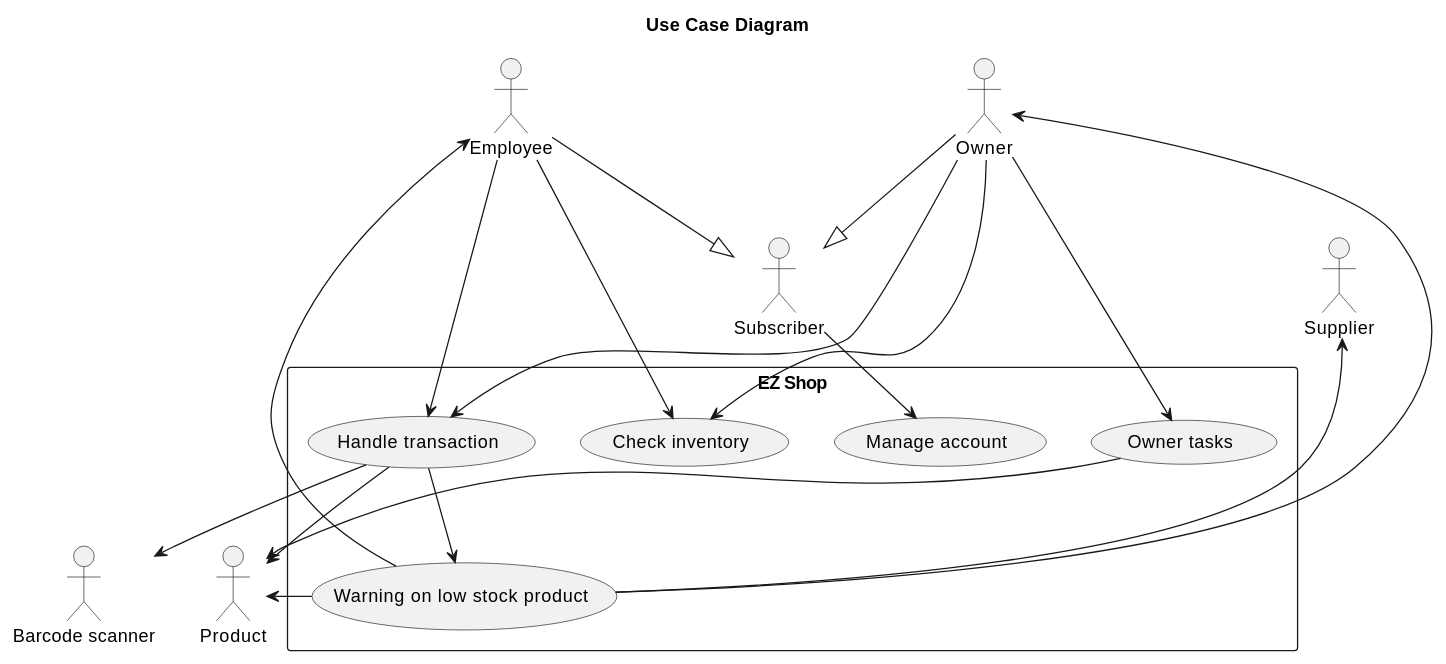
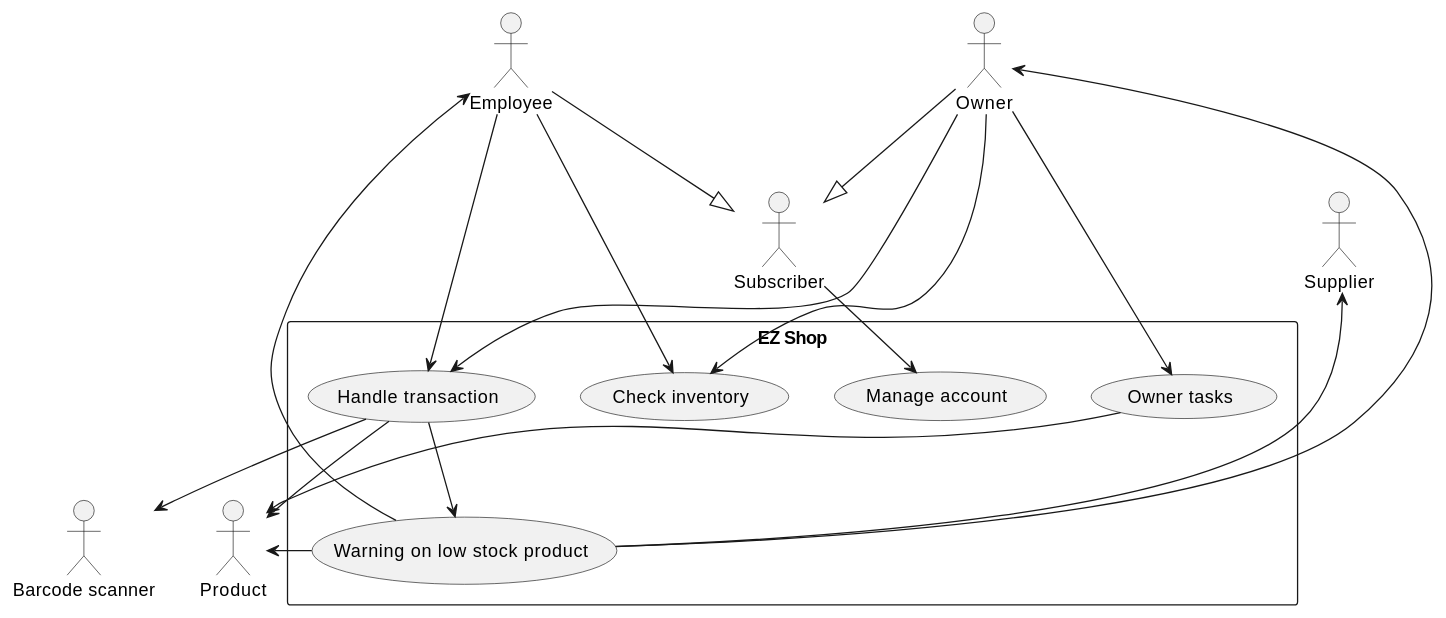
Before and after one commit to nicolabattaglino/ezshop: the second of 7 diagrams in Deliverables/RequirementsDocument.md, drawn with PlantUML. The commit also changed other lines of this file, not shown here.

````diff
--- a/Deliverables/RequirementsDocument.md
+++ b/Deliverables/RequirementsDocument.md
@@ -205,40 +203,39 @@
 ```plantuml
 @startuml
 
-title Use Case Diagram
 rectangle "EZ Shop" as EZShop{
 "Warning on low stock product" as (warning)
 "Handle transaction" as (handleTransaction)
 
 "Check inventory" as (checkInventory)
 "Manage account" as (manageAccount)
 "Owner tasks" as (ownerTasks)
 
 
 }
 
 "Owner" as owner
 "Employee" as employee
 "Subscriber" as subscriber
 "Supplier" as supplier
 "Product" as product
 "Barcode scanner" as bcScanner
 owner-->(checkInventory)
 employee -->(checkInventory)
 owner --> (ownerTasks)
 (handleTransaction)->product
 (handleTransaction) --> bcScanner
 owner<---(warning)
 employee<---(warning)
 supplier<---(warning)
 (warning)->product
 (ownerTasks)->product
 owner-->(handleTransaction)
 
 owner--|> subscriber
 employee --|>subscriber
 subscriber -->(manageAccount)
 employee-->(handleTransaction)
 (handleTransaction) --> (warning)
 @enduml
 ```
````
